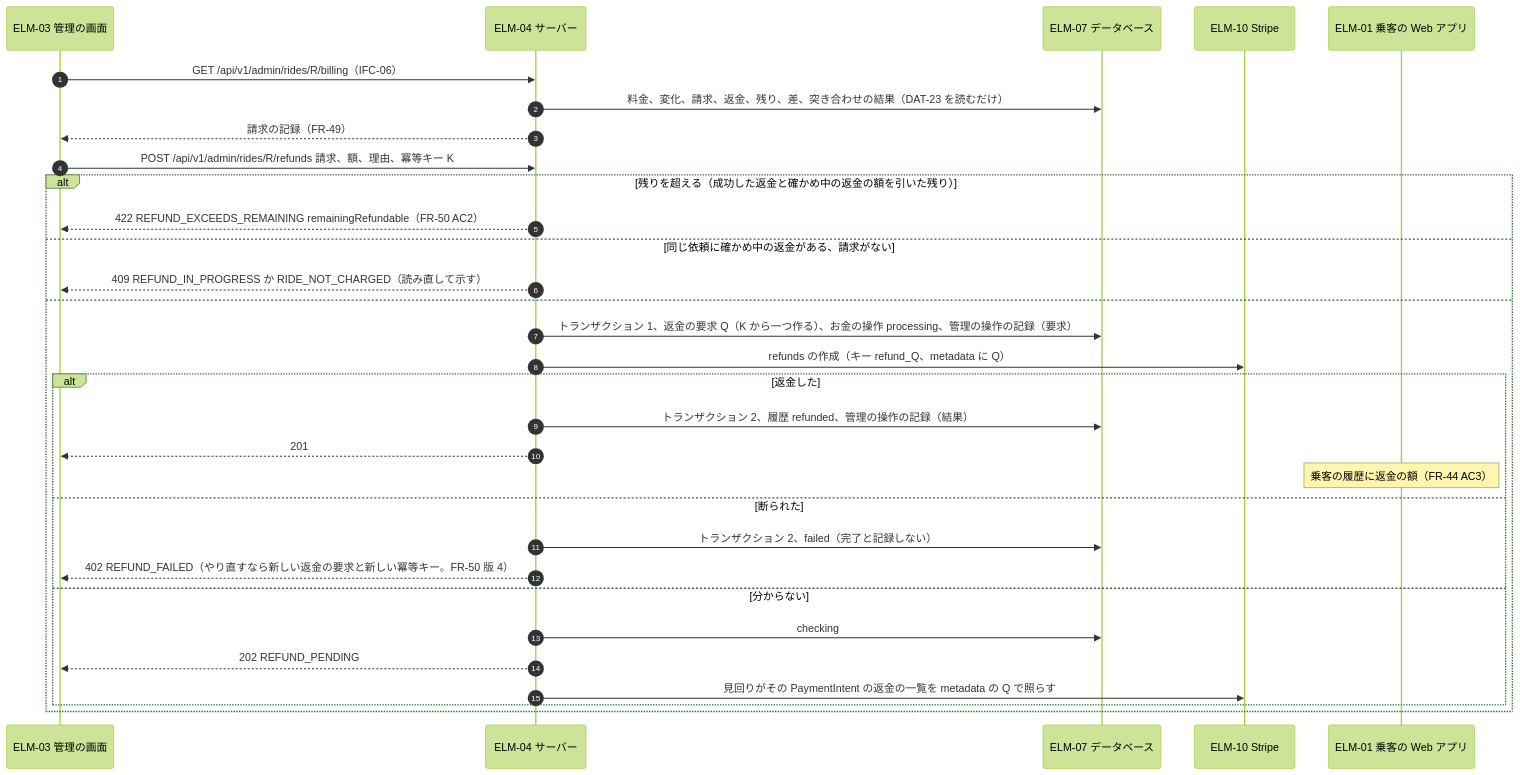
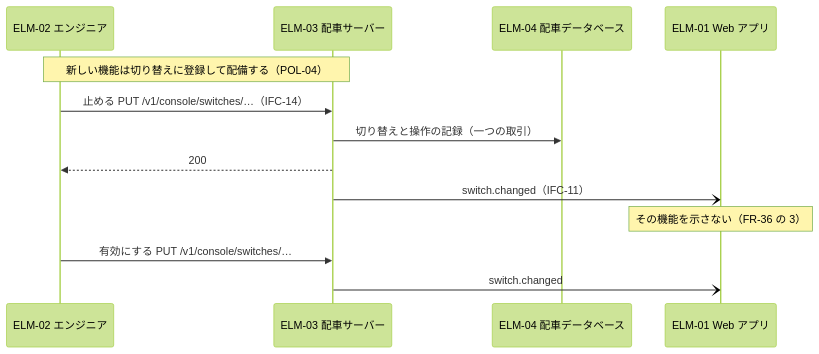
Before and after one commit to Taro000/chain-summary-html: diagram 16 of 58 in skills/design-summary-html/evals/ride-hailing-full/files/docs/design/3-high-level-design.md, drawn with Mermaid (forest theme). The commit also changed other lines of this file and 1073 other files, not shown here.

````diff
--- a/skills/design-summary-html/evals/ride-hailing-full/files/docs/design/3-high-level-design.md
+++ b/skills/design-summary-html/evals/ride-hailing-full/files/docs/design/3-high-level-design.md
@@ -1187,33 +761,15 @@
 ```mermaid
 sequenceDiagram
-  autonumber
-  participant BO as ELM-03 管理の画面
-  participant SRV as ELM-04 サーバー
-  participant DB as ELM-07 データベース
-  participant ST as ELM-10 Stripe
-  participant PA as ELM-01 乗客の Web アプリ
-  BO->>SRV: GET /api/v1/admin/rides/R/billing（IFC-06）
-  SRV->>DB: 料金、変化、請求、返金、残り、差、突き合わせの結果（DAT-23 を読むだけ）
-  SRV-->>BO: 請求の記録（FR-49）
-  BO->>SRV: POST /api/v1/admin/rides/R/refunds 請求、額、理由、冪等キー K
-  alt 残りを超える（成功した返金と確かめ中の返金の額を引いた残り）
-    SRV-->>BO: 422 REFUND_EXCEEDS_REMAINING remainingRefundable（FR-50 AC2）
-  else 同じ依頼に確かめ中の返金がある、請求がない
-    SRV-->>BO: 409 REFUND_IN_PROGRESS か RIDE_NOT_CHARGED（読み直して示す）
-  else
-    SRV->>DB: トランザクション 1、返金の要求 Q（K から一つ作る）、お金の操作 processing、管理の操作の記録（要求）
-    SRV->>ST: refunds の作成（キー refund_Q、metadata に Q）
-    alt 返金した
-      SRV->>DB: トランザクション 2、履歴 refunded、管理の操作の記録（結果）
-      SRV-->>BO: 201
-      Note over PA: 乗客の履歴に返金の額（FR-44 AC3）
-    else 断られた
-      SRV->>DB: トランザクション 2、failed（完了と記録しない）
-      SRV-->>BO: 402 REFUND_FAILED（やり直すなら新しい返金の要求と新しい冪等キー。FR-50 版 4）
-    else 分からない
-      SRV->>DB: checking
-      SRV-->>BO: 202 REFUND_PENDING
-      SRV->>ST: 見回りがその PaymentIntent の返金の一覧を metadata の Q で照らす
-    end
-  end
+  participant E as ELM-02 エンジニア
+  participant S as ELM-03 配車サーバー
+  participant DB as ELM-04 配車データベース
+  participant A as ELM-01 Web アプリ
+  Note over E,S: 新しい機能は切り替えに登録して配備する（POL-04）
+  E->>S: 止める PUT /v1/console/switches/…（IFC-14）
+  S->>DB: 切り替えと操作の記録（一つの取引）
+  S-->>E: 200
+  S-)A: switch.changed（IFC-11）
+  Note over A: その機能を示さない（FR-36 の 3）
+  E->>S: 有効にする PUT /v1/console/switches/…
+  S-)A: switch.changed
 ```
````
